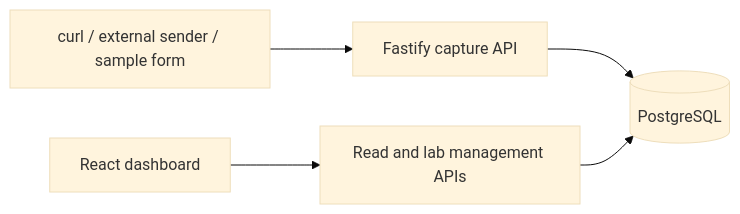
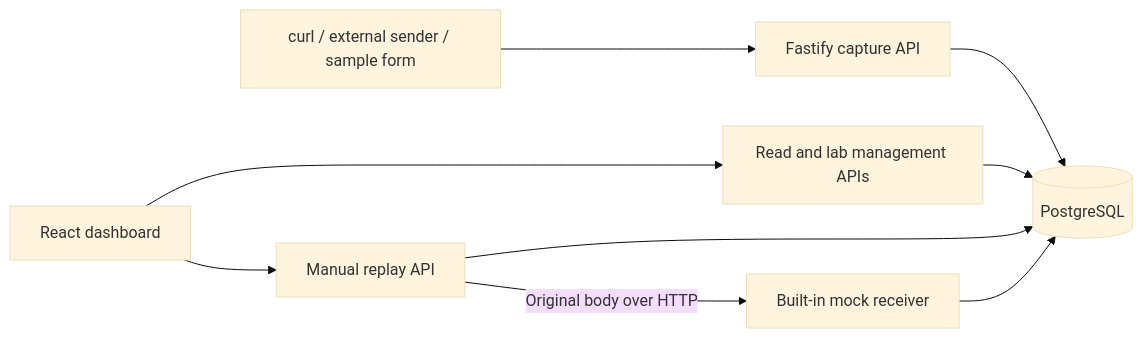
Before and after one commit to Taketsuru4/webhook-lab: the diagram in README.md, drawn with Mermaid (base theme). The commit also changed other lines of this file and 14 other files, not shown here.

Commit message:
Add local manual replay, mock receiver experiments and scoped cleanup

````diff
--- a/README.md
+++ b/README.md
@@ -79,7 +94,11 @@
 ```mermaid
 flowchart LR
     Sender[curl / external sender / sample form] --> API[Fastify capture API]
     API --> DB[(PostgreSQL)]
     UI[React dashboard] --> Management[Read and lab management APIs]
     Management --> DB
+    UI --> Replay[Manual replay API]
+    Replay --> DB
+    Replay -->|Original body over HTTP| Mock[Built-in mock receiver]
+    Mock --> DB
 ```
````
